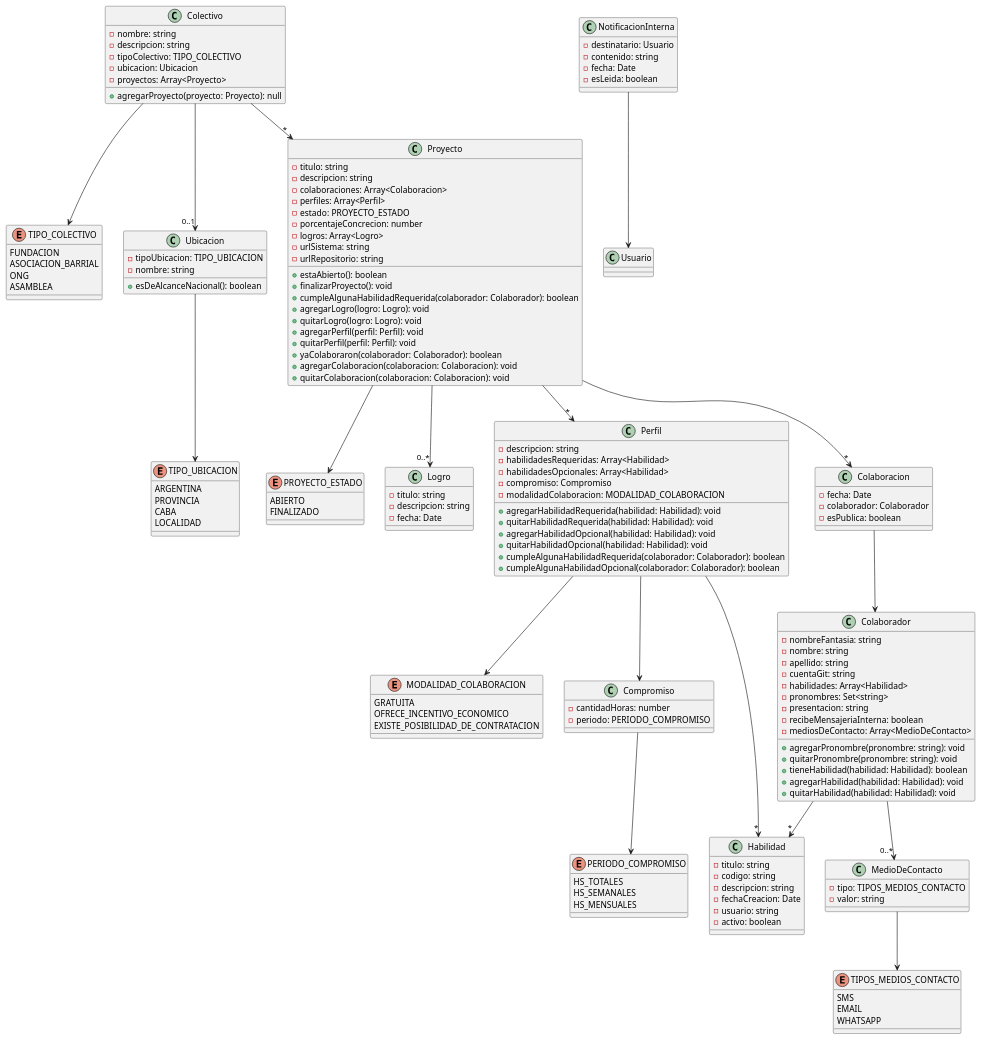
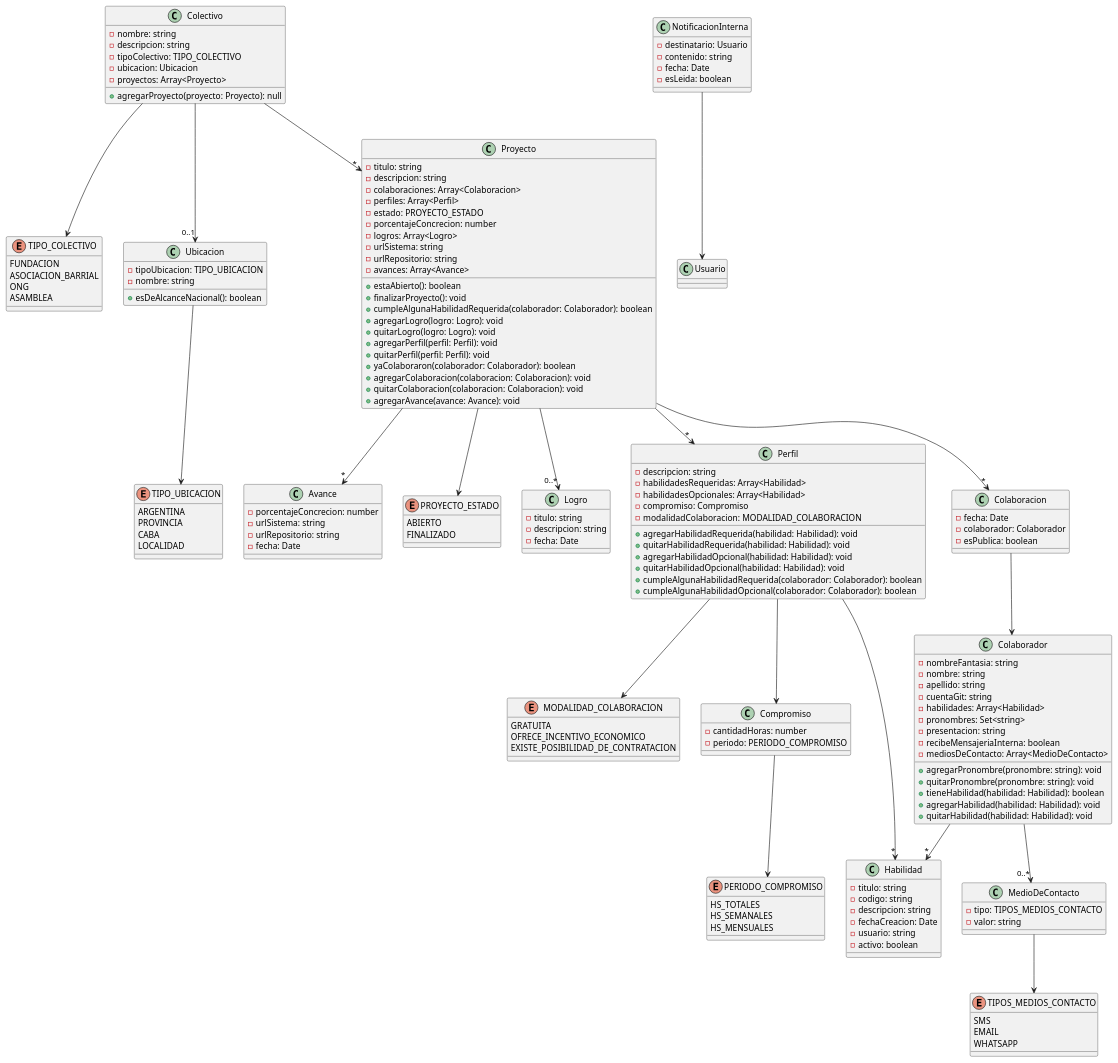
One commit to Mazzini123/tp-desarrollo-2c-2026 changed the diagram in diagrama_clases/diagrama_clases.puml. Above: the diagram before and after it, drawn with PlantUML. The commit also changed 12 other files, not shown here.

```diff
--- a/diagrama_clases/diagrama_clases.puml
+++ b/diagrama_clases/diagrama_clases.puml
@@ -1,184 +1,195 @@
 @startuml
 
 ' ───────────────────────── Colectivo y Ubicación ─────────────────────────
 
 class Colectivo {
   -nombre: string
   -descripcion: string
   -tipoColectivo: TIPO_COLECTIVO
   -ubicacion: Ubicacion
   -proyectos: Array<Proyecto>
 
   +agregarProyecto(proyecto: Proyecto): null
 }
 
 enum TIPO_COLECTIVO {
   FUNDACION
   ASOCIACION_BARRIAL
   ONG
   ASAMBLEA
 }
 
 class Ubicacion {
   -tipoUbicacion: TIPO_UBICACION
   -nombre: string
 
   +esDeAlcanceNacional(): boolean
 }
 
 enum TIPO_UBICACION {
   ARGENTINA
   PROVINCIA
   CABA
   LOCALIDAD
 }
 
 Colectivo --> TIPO_COLECTIVO
 Colectivo --> "*" Proyecto
 Colectivo --> "0..1" Ubicacion
 Ubicacion --> TIPO_UBICACION
 
 ' ───────────────────────── Proyecto y Compromiso ─────────────────────────
 
 class Proyecto {
   -titulo: string
   -descripcion: string
   -colaboraciones: Array<Colaboracion>
   -perfiles: Array<Perfil>
   -estado: PROYECTO_ESTADO
   -porcentajeConcrecion: number
   -logros: Array<Logro>
   -urlSistema: string
   -urlRepositorio: string
+  -avances: Array<Avance>
 
   +estaAbierto(): boolean
   +finalizarProyecto(): void
   +cumpleAlgunaHabilidadRequerida(colaborador: Colaborador): boolean
   +agregarLogro(logro: Logro): void
   +quitarLogro(logro: Logro): void
   +agregarPerfil(perfil: Perfil): void
   +quitarPerfil(perfil: Perfil): void
   +yaColaboraron(colaborador: Colaborador): boolean
   +agregarColaboracion(colaboracion: Colaboracion): void
   +quitarColaboracion(colaboracion: Colaboracion): void
+  +agregarAvance(avance: Avance): void
 }
+
+class Avance {
+  -porcentajeConcrecion: number
+  -urlSistema: string
+  -urlRepositorio: string
+  -fecha: Date
+}
+
+Proyecto --> "*" Avance
 
 enum PROYECTO_ESTADO {
   ABIERTO
   FINALIZADO
 }
 
 enum MODALIDAD_COLABORACION {
   GRATUITA
   OFRECE_INCENTIVO_ECONOMICO
   EXISTE_POSIBILIDAD_DE_CONTRATACION
 }
 
 class Logro {
   -titulo: string
   -descripcion: string
   -fecha: Date
 
 }
 
 class Compromiso {
   -cantidadHoras: number
   -periodo: PERIODO_COMPROMISO
 }
 
 enum PERIODO_COMPROMISO {
   HS_TOTALES
   HS_SEMANALES
   HS_MENSUALES
 }
 
 Proyecto --> PROYECTO_ESTADO
 Perfil --> Compromiso
 Perfil--> MODALIDAD_COLABORACION
 Proyecto -->"*" Perfil
 Proyecto --> "0..*" Logro
 Compromiso --> PERIODO_COMPROMISO
 
 ' ───────────────────────── Habilidad y Colaboración ─────────────────────────
 
 class Perfil {
   -descripcion: string
   -habilidadesRequeridas: Array<Habilidad>
   -habilidadesOpcionales: Array<Habilidad>
   -compromiso: Compromiso
   -modalidadColaboracion: MODALIDAD_COLABORACION
 
   +agregarHabilidadRequerida(habilidad: Habilidad): void
   +quitarHabilidadRequerida(habilidad: Habilidad): void
   +agregarHabilidadOpcional(habilidad: Habilidad): void
   +quitarHabilidadOpcional(habilidad: Habilidad): void
   +cumpleAlgunaHabilidadRequerida(colaborador: Colaborador): boolean
   +cumpleAlgunaHabilidadOpcional(colaborador: Colaborador): boolean
 }
 
 class Habilidad {
   -titulo: string
   -codigo: string
   -descripcion: string
   -fechaCreacion: Date
   -usuario: string
   -activo: boolean
 }
 
 class Colaboracion {
   -fecha: Date
   -colaborador: Colaborador
   -esPublica: boolean
 }
 
 class Colaborador {
   -nombreFantasia: string
   -nombre: string
   -apellido: string
   -cuentaGit: string
   -habilidades: Array<Habilidad>
   -pronombres: Set<string>
   -presentacion: string
   -recibeMensajeriaInterna: boolean
   -mediosDeContacto: Array<MedioDeContacto>
 
   +agregarPronombre(pronombre: string): void
   +quitarPronombre(pronombre: string): void
   +tieneHabilidad(habilidad: Habilidad): boolean
   +agregarHabilidad(habilidad: Habilidad): void
   +quitarHabilidad(habilidad: Habilidad): void
 }
 
 Perfil --> "*" Habilidad
 Proyecto --> "*" Colaboracion
 Colaboracion --> Colaborador
 Colaborador --> "*" Habilidad
 Colaborador --> "0..*" MedioDeContacto
 
 class MedioDeContacto {
     -tipo: TIPOS_MEDIOS_CONTACTO
     -valor: string
 }
 
 enum TIPOS_MEDIOS_CONTACTO {
     SMS
     EMAIL
     WHATSAPP
 }
 
 MedioDeContacto --> TIPOS_MEDIOS_CONTACTO
 
 class NotificacionInterna {
   -destinatario: Usuario
   -contenido: string
   -fecha: Date
   -esLeida: boolean
 }
 
 class Usuario {
 
 }
 
 NotificacionInterna --> Usuario
 
 @enduml
```
